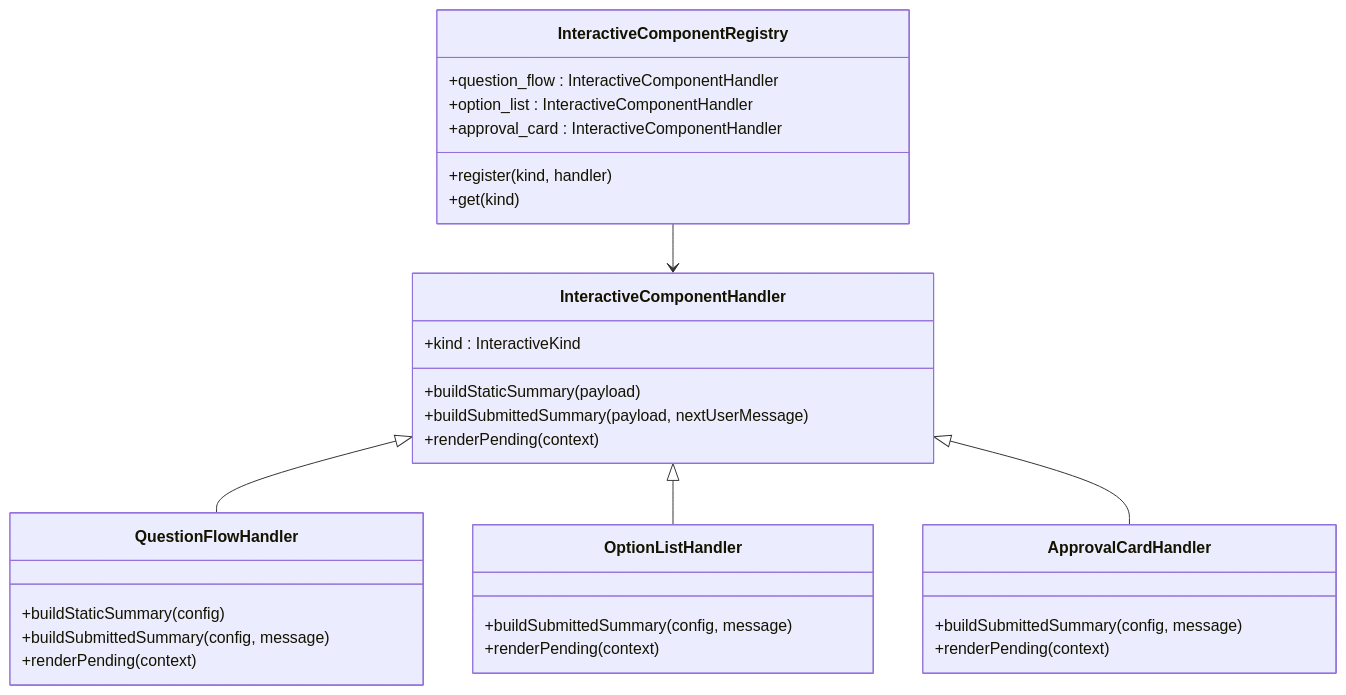
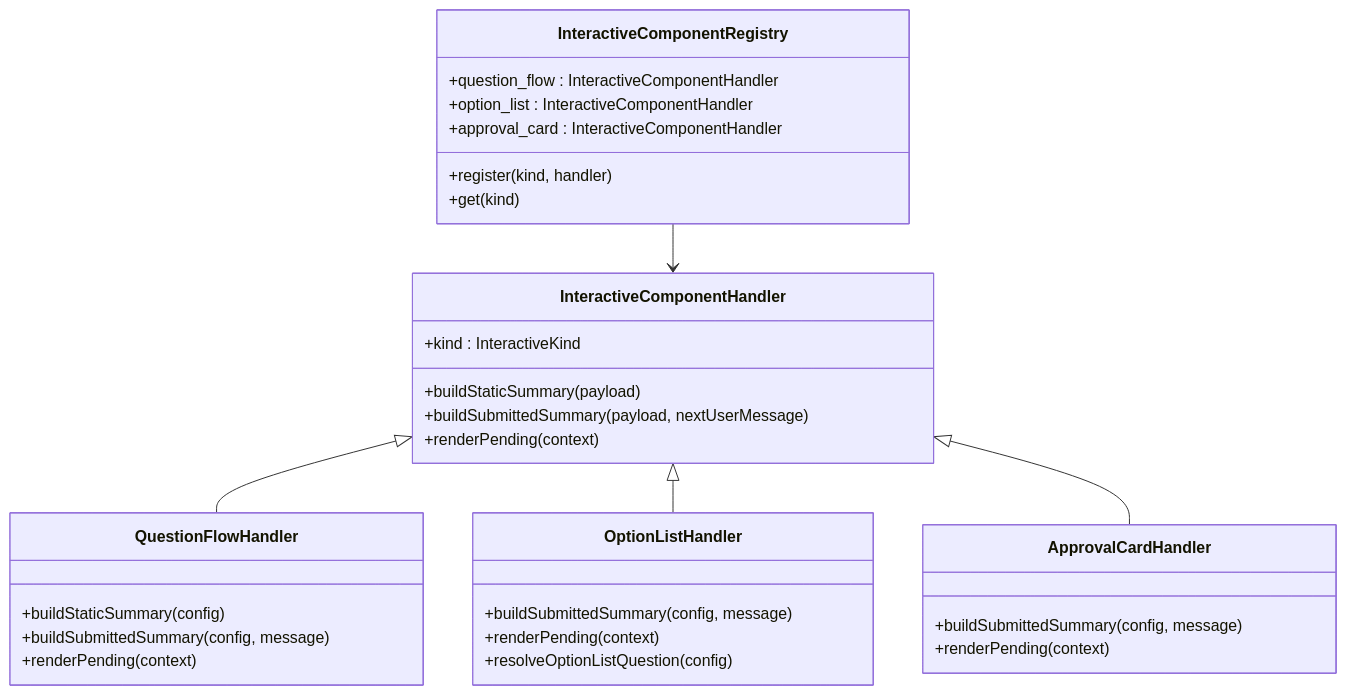
Before and after one commit to verse-ai-org/openclaw: the eighth of 9 diagrams in .qoder/repowiki/zh/content/Web界面/WebChat界面/聊天运行时提供者增强/交互式聊天系统增强.md, drawn with Mermaid. The commit also changed other lines of this file and 11 other files, not shown here.

````diff
--- a/.qoder/repowiki/zh/content/Web界面/WebChat界面/聊天运行时提供者增强/交互式聊天系统增强.md
+++ b/.qoder/repowiki/zh/content/Web界面/WebChat界面/聊天运行时提供者增强/交互式聊天系统增强.md
@@ -368,33 +402,34 @@
 ```mermaid
 classDiagram
 class InteractiveComponentRegistry {
 +question_flow : InteractiveComponentHandler
 +option_list : InteractiveComponentHandler
 +approval_card : InteractiveComponentHandler
 +register(kind, handler)
 +get(kind)
 }
 class InteractiveComponentHandler {
 +kind : InteractiveKind
 +buildStaticSummary(payload)
 +buildSubmittedSummary(payload, nextUserMessage)
 +renderPending(context)
 }
 class QuestionFlowHandler {
 +buildStaticSummary(config)
 +buildSubmittedSummary(config, message)
 +renderPending(context)
 }
 class OptionListHandler {
 +buildSubmittedSummary(config, message)
 +renderPending(context)
++resolveOptionListQuestion(config)
 }
 class ApprovalCardHandler {
 +buildSubmittedSummary(config, message)
 +renderPending(context)
 }
 InteractiveComponentRegistry --> InteractiveComponentHandler
 InteractiveComponentHandler <|-- QuestionFlowHandler
 InteractiveComponentHandler <|-- OptionListHandler
 InteractiveComponentHandler <|-- ApprovalCardHandler
 ```
````
